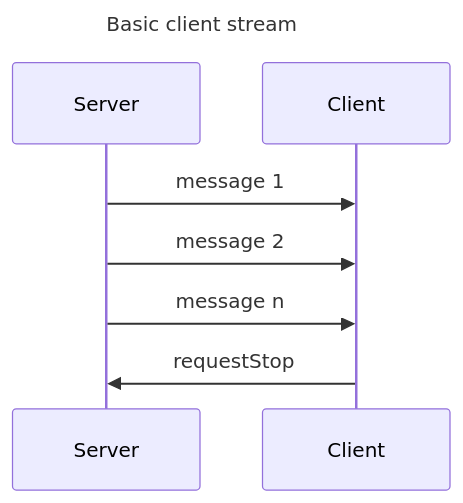
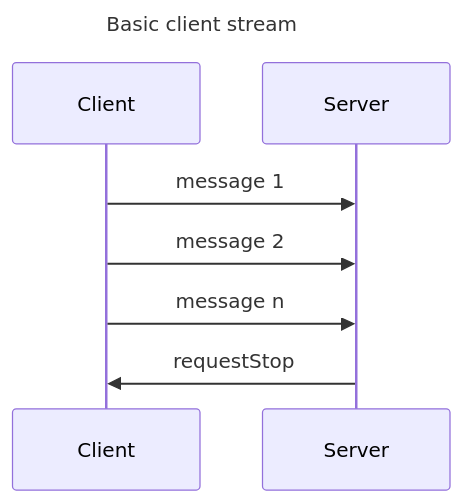
The first of 4 diagrams in docs/getting_started.md (tzijnge/LotusRpc), drawn with Mermaid before and after one commit. The commit also changed other lines of this file and 5 other files, not shown here.

````diff
--- a/docs/getting_started.md
+++ b/docs/getting_started.md
@@ -32,9 +32,9 @@
 ``` mermaid
 sequenceDiagram
     title: Basic client stream
 
-    Server ->> Client: message 1
-    Server ->> Client: message 2
-    Server ->> Client: message n
-    Client ->> Server: requestStop
+    Client ->> Server: message 1
+    Client ->> Server: message 2
+    Client ->> Server: message n
+    Server ->> Client: requestStop
 ```
````
